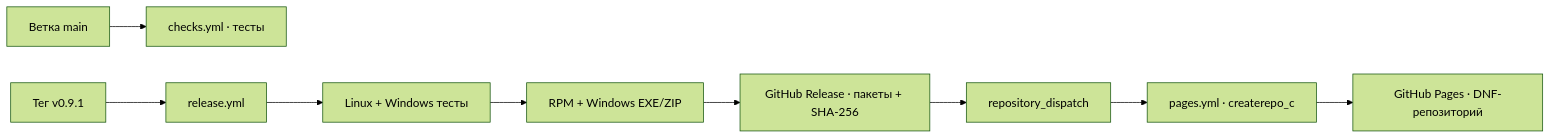
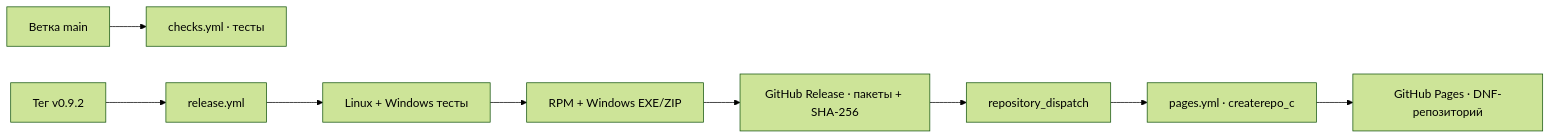
The second of 3 diagrams in PROGRAM_MAP.md (Kostya5232/naps3-redos), drawn with Mermaid (forest theme) before and after one commit. The commit also changed other lines of this file and 18 other files, not shown here.

````diff
--- a/PROGRAM_MAP.md
+++ b/PROGRAM_MAP.md
@@ -87,11 +89,11 @@
 ```mermaid
 flowchart LR
     MainBranch["Ветка main"] --> Checks["checks.yml · тесты"]
-    Tag["Тег v0.9.1"] --> Release["release.yml"]
+    Tag["Тег v0.9.2"] --> Release["release.yml"]
     Release --> Tests["Linux + Windows тесты"]
     Tests --> Build["RPM + Windows EXE/ZIP"]
     Build --> Assets["GitHub Release · пакеты + SHA-256"]
     Assets --> Dispatch["repository_dispatch"]
     Dispatch --> Pages["pages.yml · createrepo_c"]
     Pages --> DNF["GitHub Pages · DNF-репозиторий"]
 ```
````
